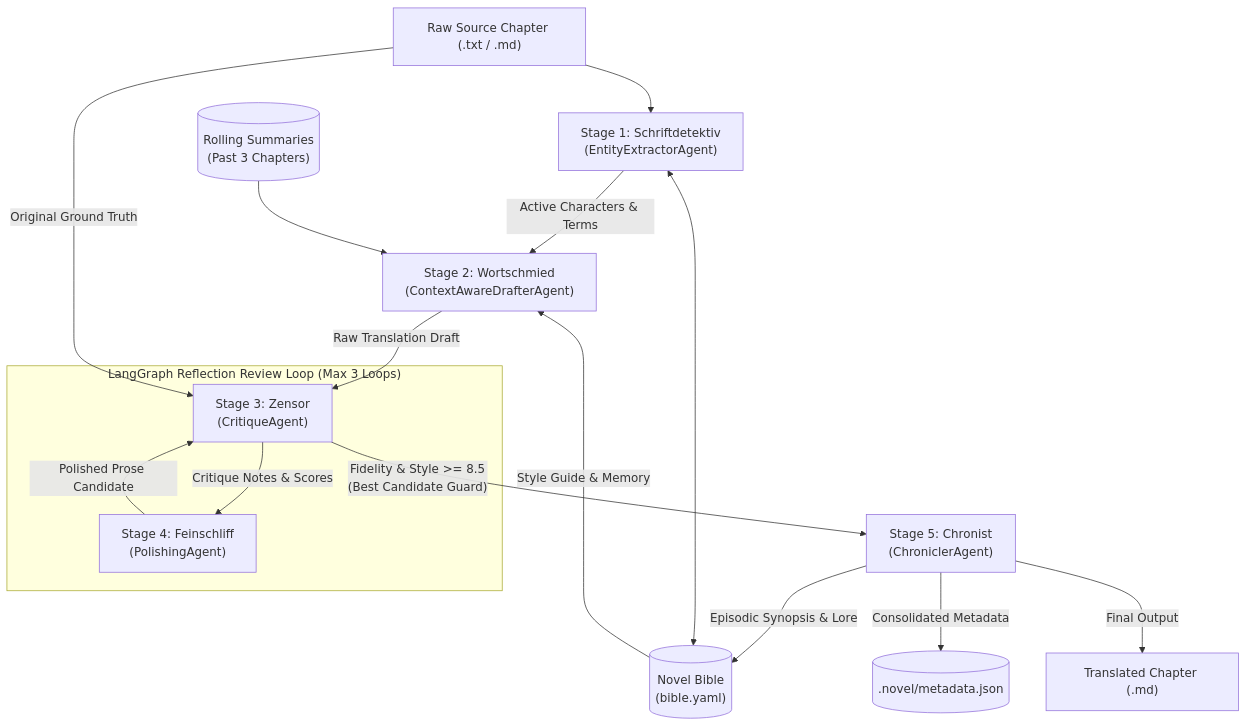
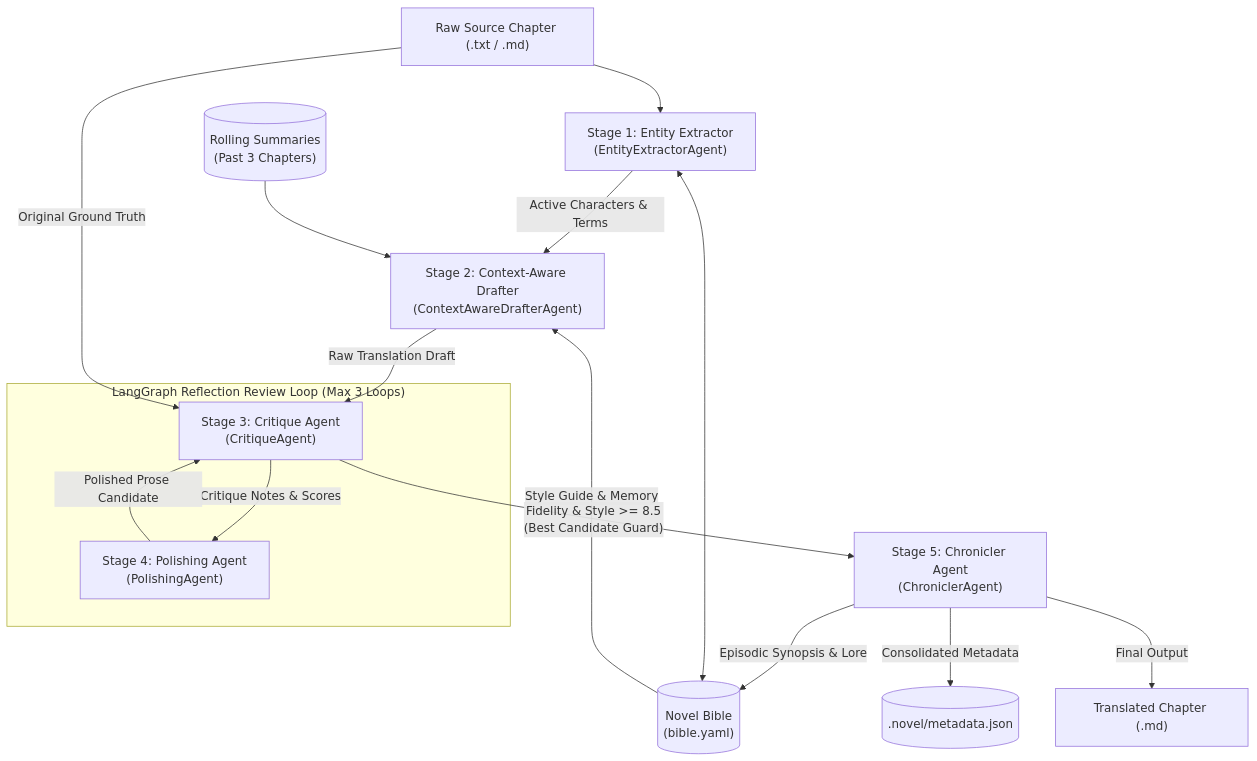
Before and after one commit to Checkmartyr/NouSetsu: the first of 3 diagrams in doc/agents_deep_dive.md, drawn with Mermaid. The commit also changed other lines of this file and 29 other files, not shown here.

````diff
--- a/doc/agents_deep_dive.md
+++ b/doc/agents_deep_dive.md
@@ -34,22 +34,22 @@
 ```mermaid
 flowchart TD
-    Raw["Raw Source Chapter (.txt / .md)"] --> A1["Stage 1: Schriftdetektiv<br/>(EntityExtractorAgent)"]
+    Raw["Raw Source Chapter (.txt / .md)"] --> A1["Stage 1: Entity Extractor<br/>(EntityExtractorAgent)"]
     Bible[("Novel Bible<br/>(bible.yaml)")] <--> A1
     
-    A1 -->|"Active Characters & Terms"| A2["Stage 2: Wortschmied<br/>(ContextAwareDrafterAgent)"]
+    A1 -->|"Active Characters & Terms"| A2["Stage 2: Context-Aware Drafter<br/>(ContextAwareDrafterAgent)"]
     Bible -->|"Style Guide & Memory"| A2
     Summaries[("Rolling Summaries<br/>(Past 3 Chapters)")] --> A2
     
-    A2 -->|"Raw Translation Draft"| A3["Stage 3: Zensor<br/>(CritiqueAgent)"]
+    A2 -->|"Raw Translation Draft"| A3["Stage 3: Critique Agent<br/>(CritiqueAgent)"]
     Raw -->|"Original Ground Truth"| A3
     
     subgraph Reflection_Loop ["LangGraph Reflection Review Loop (Max 3 Loops)"]
-        A3 -->|"Critique Notes & Scores"| A4["Stage 4: Feinschliff<br/>(PolishingAgent)"]
+        A3 -->|"Critique Notes & Scores"| A4["Stage 4: Polishing Agent<br/>(PolishingAgent)"]
         A4 -->|"Polished Prose Candidate"| A3
     end
     
-    A3 -->|"Fidelity & Style >= 8.5<br/>(Best Candidate Guard)"| A5["Stage 5: Chronist<br/>(ChroniclerAgent)"]
+    A3 -->|"Fidelity & Style >= 8.5<br/>(Best Candidate Guard)"| A5["Stage 5: Chronicler Agent<br/>(ChroniclerAgent)"]
     A5 -->|"Episodic Synopsis & Lore"| Bible
     A5 -->|"Consolidated Metadata"| Meta[(".novel/metadata.json")]
     A5 -->|"Final Output"| Out["Translated Chapter (.md)"]
 ```
````
